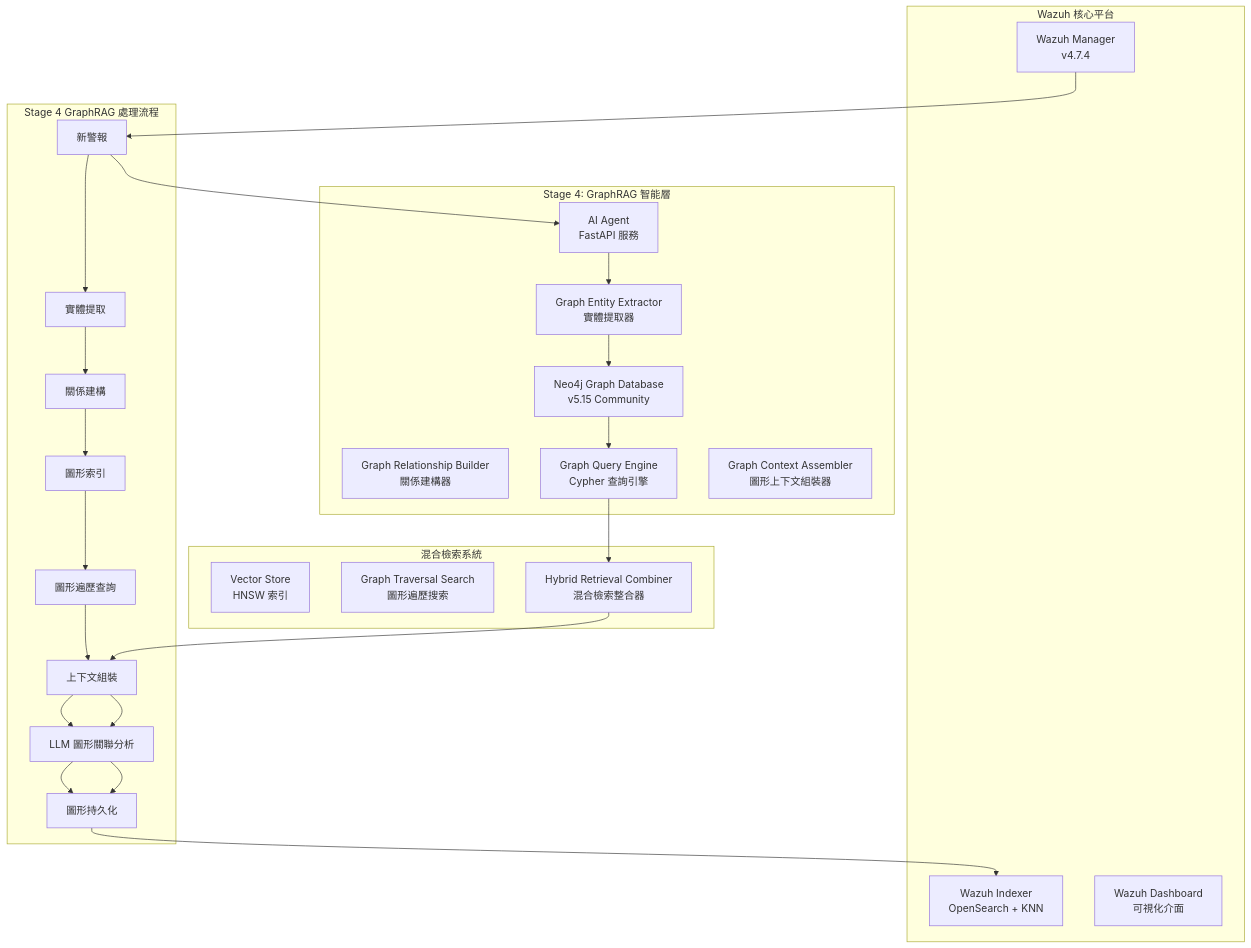
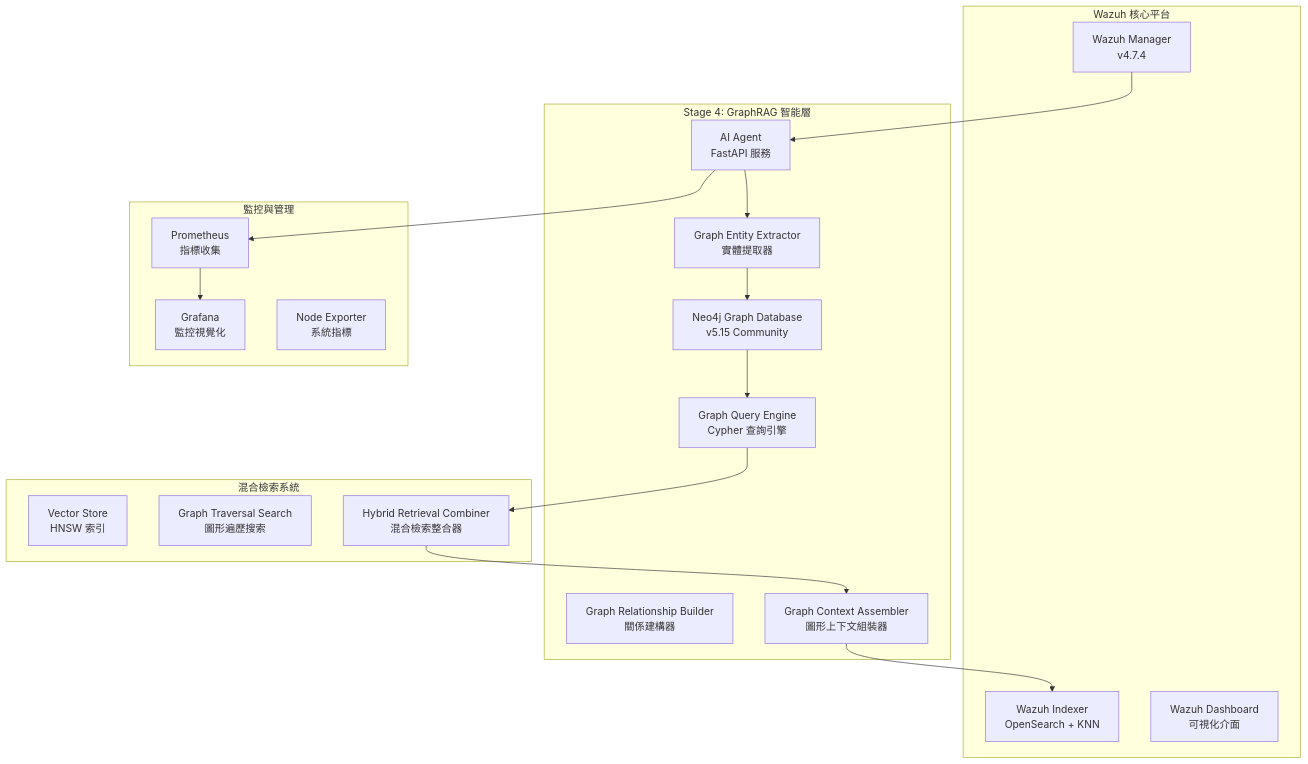
One commit to trionnemesis/wazuh_ai_agent changed the diagram in README.md. Above: the diagram before and after it, drawn with Mermaid. The commit also changed other lines of this file, not shown here.

Commit message:
Refactor README with comprehensive GraphRAG project overview and roadmap

````diff
--- a/README.md
+++ b/README.md
@@ -44,44 +33,39 @@
 ```mermaid
 flowchart TD
     subgraph "Wazuh 核心平台"
         WM[Wazuh Manager<br/>v4.7.4]
         WI[Wazuh Indexer<br/>OpenSearch + KNN]  
         WD[Wazuh Dashboard<br/>可視化介面]
     end
     
     subgraph "Stage 4: GraphRAG 智能層"
         AA[AI Agent<br/>FastAPI 服務]
         GDB[Neo4j Graph Database<br/>v5.15 Community]
         GE[Graph Entity Extractor<br/>實體提取器]
         GR[Graph Relationship Builder<br/>關係建構器]
         GQ[Graph Query Engine<br/>Cypher 查詢引擎]
         GC[Graph Context Assembler<br/>圖形上下文組裝器]
     end
     
     subgraph "混合檢索系統"
         VS[Vector Store<br/>HNSW 索引]
         GS[Graph Traversal Search<br/>圖形遍歷搜索]
         HS[Hybrid Retrieval Combiner<br/>混合檢索整合器]
     end
     
-    subgraph "Stage 4 GraphRAG 處理流程"
-        NA[新警報] --> EE[實體提取]
-        EE --> RB[關係建構]
-        RB --> GI[圖形索引]
-        GI --> GT[圖形遍歷查詢]
-        GT --> CA[上下文組裝]
-        CA --> LA[LLM 圖形關聯分析]
-        LA --> GP[圖形持久化]
+    subgraph "監控與管理"
+        PROM[Prometheus<br/>指標收集]
+        GRAF[Grafana<br/>監控視覺化]
+        NE[Node Exporter<br/>系統指標]
     end
     
-    WM --> NA
-    NA --> AA
+    WM --> AA
     AA --> GE
     GE --> GDB
     GDB --> GQ
     GQ --> HS
-    HS --> CA
-    CA --> LA
-    LA --> GP
-    GP --> WI
+    HS --> GC
+    GC --> WI
+    AA --> PROM
+    PROM --> GRAF
 ```
````
